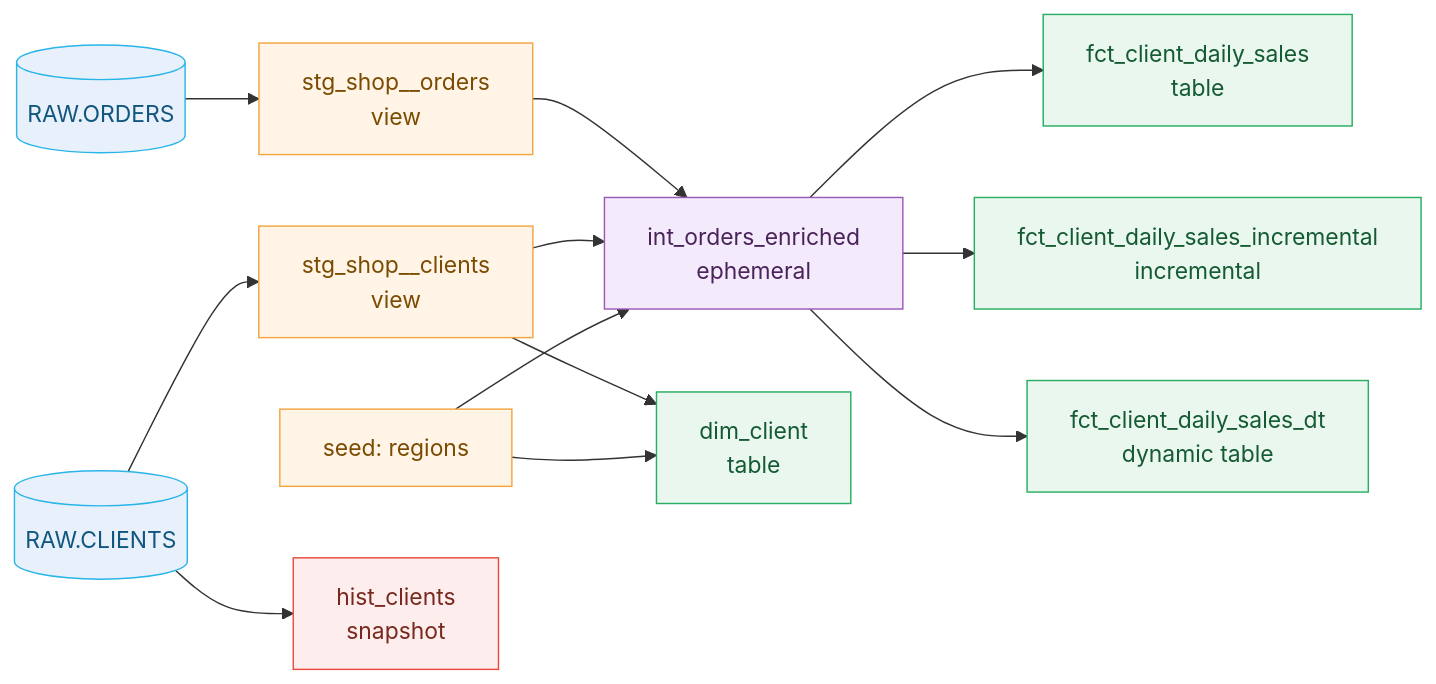
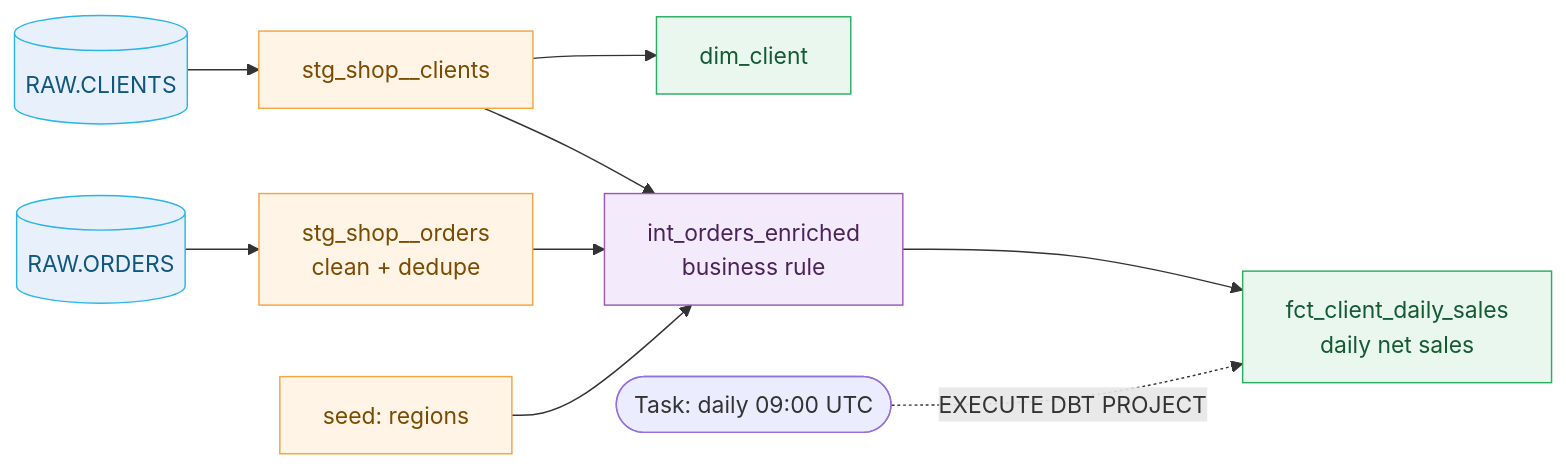
One commit to sfc-gh-dshemsi/synthetic-dbt-daily-sales-demo changed the diagram in README.md. Above: the diagram before and after it, drawn with Mermaid. The commit also changed other lines of this file, not shown here.

````diff
--- a/README.md
+++ b/README.md
@@ -56,32 +16,16 @@
 ```mermaid
 flowchart LR
     classDef source fill:#E8F1FB,stroke:#29B5E8,color:#11567F
     classDef staging fill:#FFF4E5,stroke:#F2A541,color:#7A4B00
     classDef inter fill:#F3EAFB,stroke:#9B59B6,color:#4A235A
     classDef mart fill:#E9F7EF,stroke:#27AE60,color:#145A32
-    classDef hist fill:#FDEDEC,stroke:#E74C3C,color:#78281F
 
-    O[("RAW.ORDERS")]:::source
-    C[("RAW.CLIENTS")]:::source
-    R["seed: regions"]:::staging
-    SO["stg_shop__orders<br/>view"]:::staging
-    SC["stg_shop__clients<br/>view"]:::staging
-    I["int_orders_enriched<br/>ephemeral"]:::inter
-    F1["fct_client_daily_sales<br/>table"]:::mart
-    F2["fct_client_daily_sales_incremental<br/>incremental"]:::mart
-    F3["fct_client_daily_sales_dt<br/>dynamic table"]:::mart
-    D["dim_client<br/>table"]:::mart
-    H["hist_clients<br/>snapshot"]:::hist
-
-    O --> SO
-    C --> SC
-    C --> H
-    SO --> I
+    O[("RAW.ORDERS")]:::source --> SO["stg_shop__orders<br/>clean + dedupe"]:::staging
+    C[("RAW.CLIENTS")]:::source --> SC["stg_shop__clients"]:::staging
+    SO --> I["int_orders_enriched<br/>business rule"]:::inter
     SC --> I
-    R --> I
-    SC --> D
-    R --> D
-    I --> F1
-    I --> F2
-    I --> F3
+    R["seed: regions"]:::staging --> I
+    I --> F["fct_client_daily_sales<br/>daily net sales"]:::mart
+    SC --> D["dim_client"]:::mart
+    T(["Task: daily 09:00 UTC"]) -.->|EXECUTE DBT PROJECT| F
 ```
````
